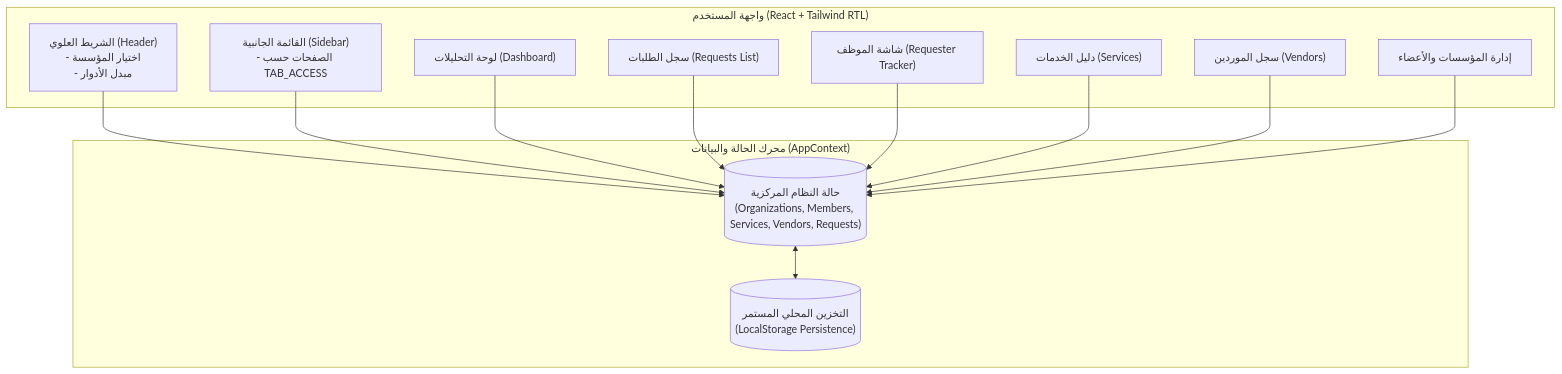
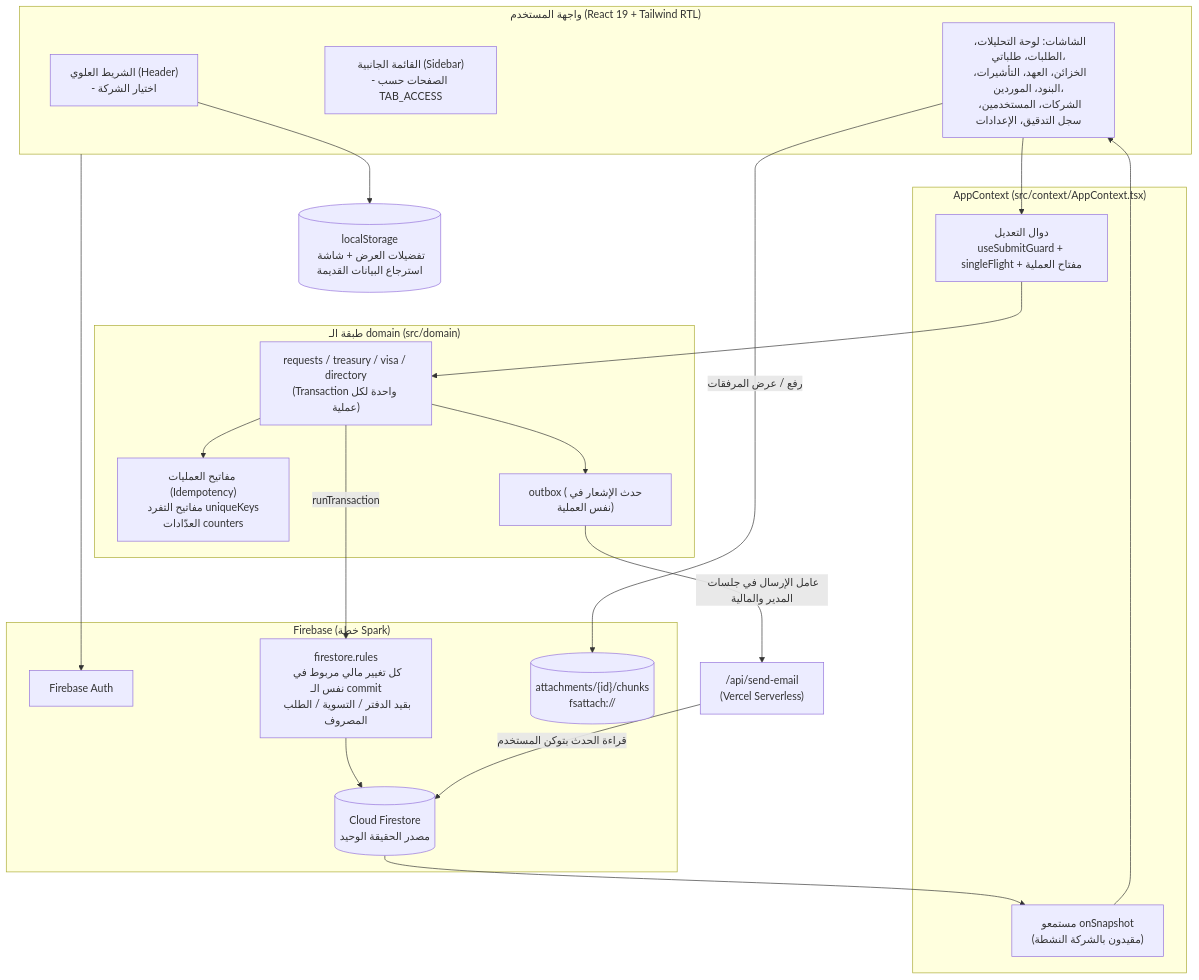
One commit to nagmdev/expenses-project changed the diagram in docs/01-system-overview.md. Above: the diagram before and after it, drawn with Mermaid. The commit also changed other lines of this file and 7 other files, not shown here.

````diff
--- a/docs/01-system-overview.md
+++ b/docs/01-system-overview.md
@@ -34,29 +44,43 @@
 ```mermaid
 flowchart TD
-    subgraph Client["واجهة المستخدم (React + Tailwind RTL)"]
-        Header["الشريط العلوي (Header)\n- اختيار المؤسسة\n- مبدل الأدوار"]
-        Sidebar["القائمة الجانبية (Sidebar)
-- الصفحات حسب TAB_ACCESS"]
-        ViewDashboard["لوحة التحليلات (Dashboard)"]
-        ViewRequests["سجل الطلبات (Requests List)"]
-        ViewTracker["شاشة الموظف (Requester Tracker)"]
-        ViewServices["دليل الخدمات (Services)"]
-        ViewProviders["سجل الموردين (Vendors)"]
-        ViewOrgs["إدارة المؤسسات والأعضاء"]
+    subgraph Client["واجهة المستخدم (React 19 + Tailwind RTL)"]
+        Header["الشريط العلوي (Header)\n- اختيار الشركة"]
+        Sidebar["القائمة الجانبية (Sidebar)\n- الصفحات حسب TAB_ACCESS"]
+        Views["الشاشات: لوحة التحليلات، الطلبات، طلباتي،\nالخزائن، العهد، التأشيرات، البنود، الموردين،\nالشركات، المستخدمين، سجل التدقيق، الإعدادات"]
     end
 
-    subgraph StateEngine["محرك الحالة والبيانات (AppContext)"]
-        AppState[("حالة النظام المركزية\n(Organizations, Members, Services, Vendors, Requests)")]
-        Persistence[("التخزين المحلي المستمر\n(LocalStorage Persistence)")]
-        AppState <--> Persistence
+    subgraph Ctx["AppContext (src/context/AppContext.tsx)"]
+        Listeners["مستمعو onSnapshot\n(مقيدون بالشركة النشطة)"]
+        Mutations["دوال التعديل\nuseSubmitGuard + singleFlight + مفتاح العملية"]
     end
 
-    Header --> AppState
-    Sidebar --> AppState
-    ViewDashboard --> AppState
-    ViewRequests --> AppState
-    ViewTracker --> AppState
-    ViewServices --> AppState
-    ViewProviders --> AppState
-    ViewOrgs --> AppState
+    subgraph Domain["طبقة الـ domain (src/domain)"]
+        Ops["requests / treasury / visa / directory\n(Transaction واحدة لكل عملية)"]
+        Keys["مفاتيح العمليات (Idempotency)\nمفاتيح التفرد uniqueKeys\nالعدّادات counters"]
+        Outbox["outbox (حدث الإشعار في نفس العملية)"]
+    end
+
+    subgraph Firebase["Firebase (خطة Spark)"]
+        Auth["Firebase Auth"]
+        FS[("Cloud Firestore\nمصدر الحقيقة الوحيد")]
+        Rules["firestore.rules\nكل تغيير مالي مربوط في نفس الـ commit\nبقيد الدفتر / التسوية / الطلب المصروف"]
+        Attach[("attachments/{id}/chunks\nfsattach://")]
+    end
+
+    API["/api/send-email\n(Vercel Serverless)"]
+    Local[("localStorage\nتفضيلات العرض + شاشة استرجاع البيانات القديمة")]
+
+    Views --> Mutations
+    Listeners --> Views
+    Mutations --> Ops
+    Ops --> Keys
+    Ops --> Outbox
+    Ops -->|runTransaction| Rules
+    Rules --> FS
+    FS --> Listeners
+    Views -->|رفع / عرض المرفقات| Attach
+    Outbox -->|عامل الإرسال في جلسات المدير والمالية| API
+    API -->|قراءة الحدث بتوكن المستخدم| FS
+    Header --> Local
+    Client --> Auth
 ```
````
